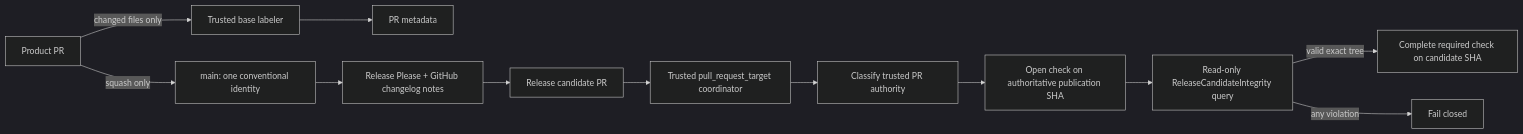
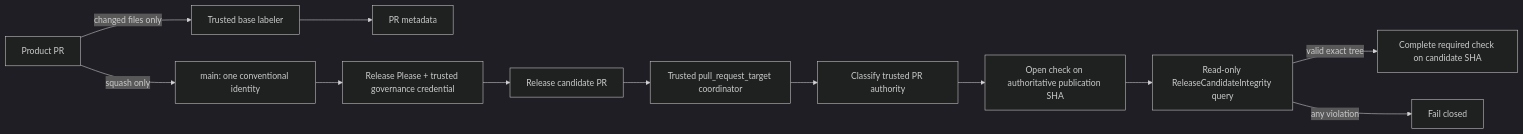
The second of 4 diagrams in docs/architecture/components/ci-governance/ci-delivery-governance-component.md (dunay2/dvt), drawn with Mermaid (dark theme) before and after one commit. The commit also changed other lines of this file and 8 other files, not shown here.

Commit message:
fix(ci): Require trusted release governance credentials

````diff
--- a/docs/architecture/components/ci-governance/ci-delivery-governance-component.md
+++ b/docs/architecture/components/ci-governance/ci-delivery-governance-component.md
@@ -115,14 +122,14 @@
 ```mermaid
 flowchart LR
   ProductPR[Product PR] -->|squash only| Main[main: one conventional identity]
   ProductPR -->|changed files only| TrustedLabeler[Trusted base labeler]
   TrustedLabeler --> Labels[PR metadata]
-  Main --> ReleasePlease[Release Please + GitHub changelog notes]
+  Main --> ReleasePlease[Release Please + trusted governance credential]
   ReleasePlease --> Candidate[Release candidate PR]
   Candidate --> TrustedWorkflow[Trusted pull_request_target coordinator]
   TrustedWorkflow --> Authority[Classify trusted PR authority]
   Authority --> BeginCheck[Open check on authoritative publication SHA]
   BeginCheck --> Integrity[Read-only ReleaseCandidateIntegrity query]
   Integrity -->|valid exact tree| Check[Complete required check on candidate SHA]
   Integrity -->|any violation| Block[Fail closed]
 ```
````
